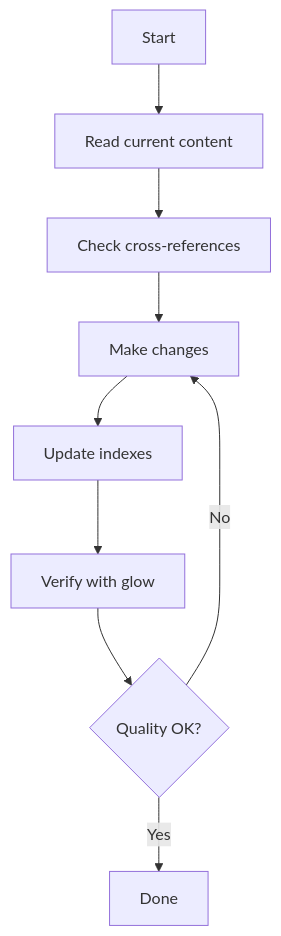
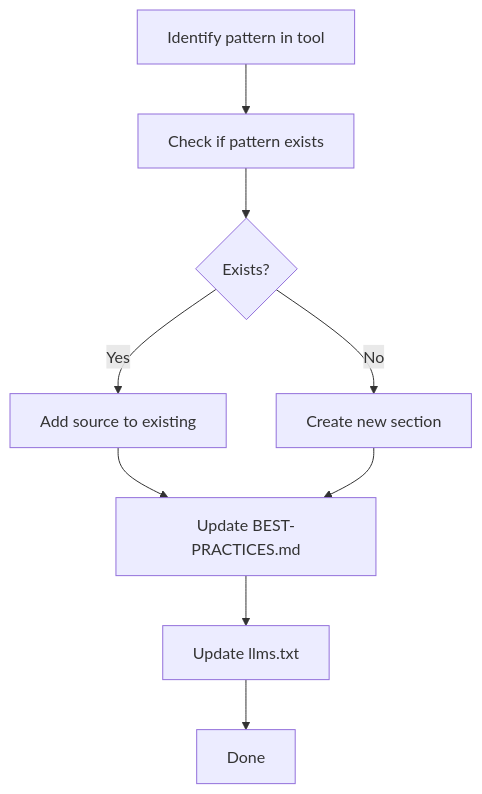
The second of 2 diagrams in AGENTS.md (ray-manaloto/ai-agent-study-guide), drawn with Mermaid before and after one commit. The commit also changed other lines of this file and 12 other files, not shown here.

````diff
--- a/AGENTS.md
+++ b/AGENTS.md
@@ -239,11 +286,11 @@
 ```mermaid
 flowchart TD
-    A[Start] --> B[Read current content]
-    B --> C[Check cross-references]
-    C --> D[Make changes]
-    D --> E[Update indexes]
-    E --> F[Verify with glow]
-    F --> G{Quality OK?}
-    G -->|No| D
-    G -->|Yes| H[Done]
+    A[Identify pattern in tool] --> B[Check if pattern exists]
+    B --> C{Exists?}
+    C -->|Yes| D[Add source to existing]
+    C -->|No| E[Create new section]
+    D --> F[Update BEST-PRACTICES.md]
+    E --> F
+    F --> G[Update llms.txt]
+    G --> H[Done]
 ```
````
